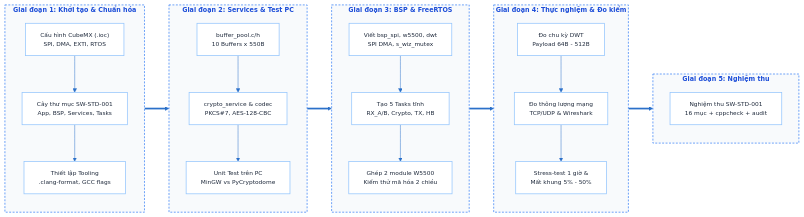
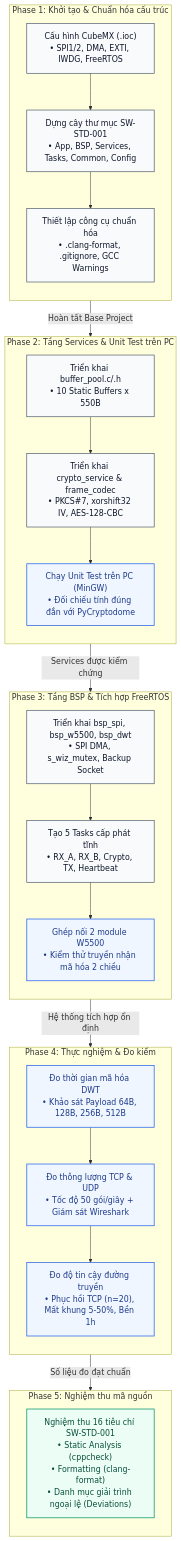
Before and after one commit to Draconic211/Secure_Gateway_AES128_STM32: the first of 2 diagrams in README.md, drawn with Mermaid.

````diff
--- a/README.md
+++ b/README.md
@@ -3,35 +3,56 @@
 ```mermaid
-%%{init: {'theme': 'base', 'themeVariables': { 'primaryColor': '#EBF3FC', 'primaryBorderColor': '#2B70C9', 'primaryTextColor': '#1F2937', 'lineColor': '#2B70C9', 'secondaryColor': '#F3F4F6', 'tertiaryColor': '#FFFFFF'}}}%%
-flowchart LR
-    classDef stepNode fill:#FFFFFF,stroke:#93C5FD,stroke-width:1.5px,color:#1E293B,font-size:12px;
-    classDef stageGroup fill:#F8FAFC,stroke:#3B82F6,stroke-width:1.5px,stroke-dasharray: 4 3,color:#1D4ED8,font-weight:bold,font-size:13px;
+flowchart TD
+    %% =============================================================
+    %% STYLING / PALETTE (Tối đa 3 màu, phong cách Open-source)
+    %% =============================================================
+    classDef stepClass      fill:#F8FAFC,stroke:#334155,stroke-width:1.2px,color:#0F172A;
+    classDef highlightClass fill:#EFF6FF,stroke:#2563EB,stroke-width:1.5px,color:#1E3A8A;
+    classDef finalizeClass  fill:#ECFDF5,stroke:#059669,stroke-width:1.5px,color:#064E3B;
 
-    subgraph G1["Giai đoạn 1: Khởi tạo & Chuẩn hóa"]
-        A1["Cấu hình CubeMX (.ioc)<br/>SPI, DMA, EXTI, RTOS"] --> A2["Cây thư mục SW-STD-001<br/>App, BSP, Services, Tasks"]
-        A2 --> A3["Thiết lập Tooling<br/>.clang-format, GCC flags"]
+    %% =============================================================
+    %% CÁC GIAI ĐOẠN TRIỂN KHAI (5 PHASES)
+    %% =============================================================
+    subgraph G1["Phase 1: Khởi tạo & Chuẩn hóa cấu trúc"]
+        direction TB
+        A1["Cấu hình CubeMX (.ioc)<br/>• SPI1/2, DMA, EXTI, IWDG, FreeRTOS"] --> A2["Dựng cây thư mục SW-STD-001<br/>• App, BSP, Services, Tasks, Common, Config"]
+        A2 --> A3["Thiết lập công cụ chuẩn hóa<br/>• .clang-format, .gitignore, GCC Warnings"]
     end
 
-    subgraph G2["Giai đoạn 2: Services & Test PC"]
-        B1["buffer_pool.c/h<br/>10 Buffers x 550B"] --> B2["crypto_service & codec<br/>PKCS#7, AES-128-CBC"]
-        B2 --> B3["Unit Test trên PC<br/>MinGW vs PyCryptodome"]
+    subgraph G2["Phase 2: Tầng Services & Unit Test trên PC"]
+        direction TB
+        B1["Triển khai buffer_pool.c/.h<br/>• 10 Static Buffers x 550B"] --> B2["Triển khai crypto_service & frame_codec<br/>• PKCS#7, xorshift32 IV, AES-128-CBC"]
+        B2 --> B3["Chạy Unit Test trên PC (MinGW)<br/>• Đối chiếu tính đúng đắn với PyCryptodome"]
     end
 
-    subgraph G3["Giai đoạn 3: BSP & FreeRTOS"]
-        C1["Viết bsp_spi, w5500, dwt<br/>SPI DMA, s_wiz_mutex"] --> C2["Tạo 5 Tasks tĩnh<br/>RX_A/B, Crypto, TX, HB"]
-        C2 --> C3["Ghép 2 module W5500<br/>Kiểm thử mã hóa 2 chiều"]
+    subgraph G3["Phase 3: Tầng BSP & Tích hợp FreeRTOS"]
+        direction TB
+        C1["Triển khai bsp_spi, bsp_w5500, bsp_dwt<br/>• SPI DMA, s_wiz_mutex, Backup Socket"] --> C2["Tạo 5 Tasks cấp phát tĩnh<br/>• RX_A, RX_B, Crypto, TX, Heartbeat"]
+        C2 --> C3["Ghép nối 2 module W5500<br/>• Kiểm thử truyền nhận mã hóa 2 chiều"]
     end
 
-    subgraph G4["Giai đoạn 4: Thực nghiệm & Đo kiểm"]
-        D1["Đo chu kỳ DWT<br/>Payload 64B - 512B"] --> D2["Đo thông lượng mạng<br/>TCP/UDP & Wireshark"]
-        D2 --> D3["Stress-test 1 giờ &<br/>Mất khung 5% - 50%"]
+    subgraph G4["Phase 4: Thực nghiệm & Đo kiểm"]
+        direction TB
+        D1["Đo thời gian mã hóa DWT<br/>• Khảo sát Payload 64B, 128B, 256B, 512B"] --> D2["Đo thông lượng TCP & UDP<br/>• Tốc độ 50 gói/giây + Giám sát Wireshark"]
+        D2 --> D3["Đo độ tin cậy đường truyền<br/>• Phục hồi TCP (n=20), Mất khung 5-50%, Bền 1h"]
     end
 
-    subgraph G5["Giai đoạn 5: Nghiệm thu"]
-        E1["Nghiệm thu SW-STD-001<br/>16 mục + cppcheck + audit"]
+    subgraph G5["Phase 5: Nghiệm thu mã nguồn"]
+        direction TB
+        E1["Nghiệm thu 16 tiêu chí SW-STD-001<br/>• Static Analysis (cppcheck)<br/>• Formatting (clang-format)<br/>• Danh mục giải trình ngoại lệ (Deviations)"]
     end
 
-    G1 ==> G2 ==> G3 ==> G4 ==> G5
+    %% =============================================================
+    %% LIÊN KẾT TUẦN TỰ GIỮA CÁC GIAI ĐOẠN
+    %% =============================================================
+    G1 -->|"Hoàn tất Base Project"| G2
+    G2 -->|"Services được kiểm chứng"| G3
+    G3 -->|"Hệ thống tích hợp ổn định"| G4
+    G4 -->|"Số liệu đo đạt chuẩn"| G5
 
-    class A1,A2,A3,B1,B2,B3,C1,C2,C3,D1,D2,D3,E1 stepNode;
-    class G1,G2,G3,G4,G5 stageGroup;
+    %% =============================================================
+    %% GÁN CLASS STYLE
+    %% =============================================================
+    class A1,A2,A3,B1,B2,C1,C2 stepClass;
+    class B3,C3,D1,D2,D3 highlightClass;
+    class E1 finalizeClass;
 ```
````
